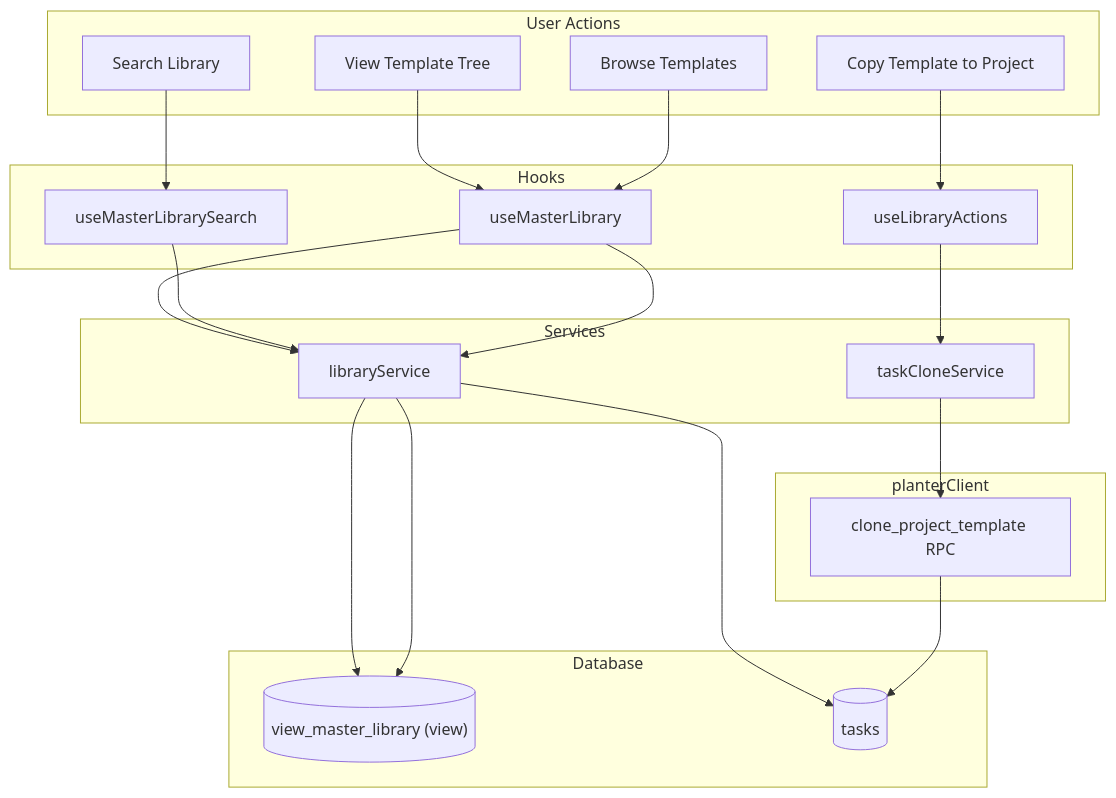
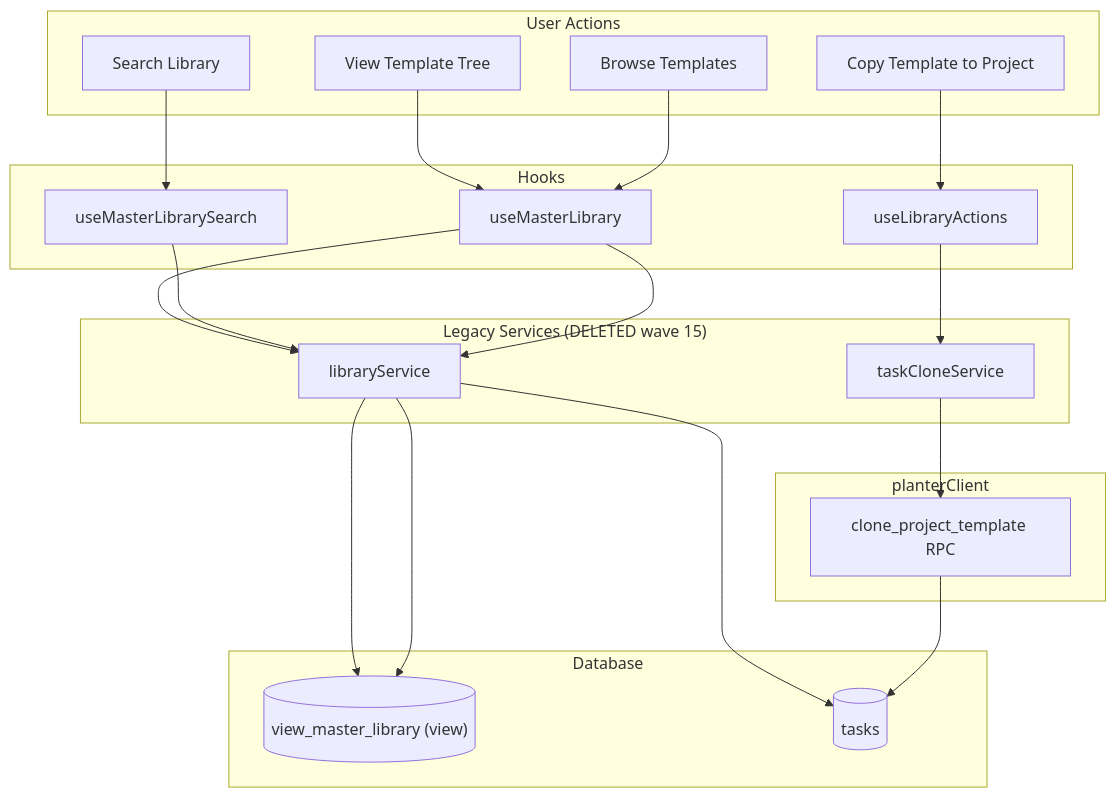
The sixth of 10 diagrams in .ai-ignore/docs/PROJECT_MIND_MAP.md (JoelA510/PlanterPlan-Alpha), drawn with Mermaid before and after one commit. The commit also changed other lines of this file and 45 other files, not shown here.

Commit message:
chore(docs): document abstraction purge and service layer removal in all architecture files

````diff
--- a/.ai-ignore/docs/PROJECT_MIND_MAP.md
+++ b/.ai-ignore/docs/PROJECT_MIND_MAP.md
@@ -539,34 +538,34 @@
 ```mermaid
 flowchart TD
     subgraph "User Actions"
         L1[Browse Templates]
         L2[Search Library]
         L3[Copy Template to Project]
         L4[View Template Tree]
     end
 
     subgraph "Hooks"
         LH1[useMasterLibrary]
         LH2[useMasterLibrarySearch]
         LH3[useLibraryActions]
     end
 
-    subgraph "Services"
+    subgraph "Legacy Services (DELETED wave 15)"
         LS[libraryService]
         TCS2[taskCloneService]
     end
 
     subgraph "Database"
         DB_VML[("view_master_library (view)")]
         DB_T3[(tasks)]
     end
 
     subgraph "planterClient"
         PC_RPC["clone_project_template RPC"]
     end
 
     L1 --> LH1 --> LS --> DB_VML
     L2 --> LH2 --> LS --> DB_VML
     L3 --> LH3 --> TCS2 --> PC_RPC --> DB_T3
     L4 --> LH1 --> LS --> DB_T3
 ```
````
